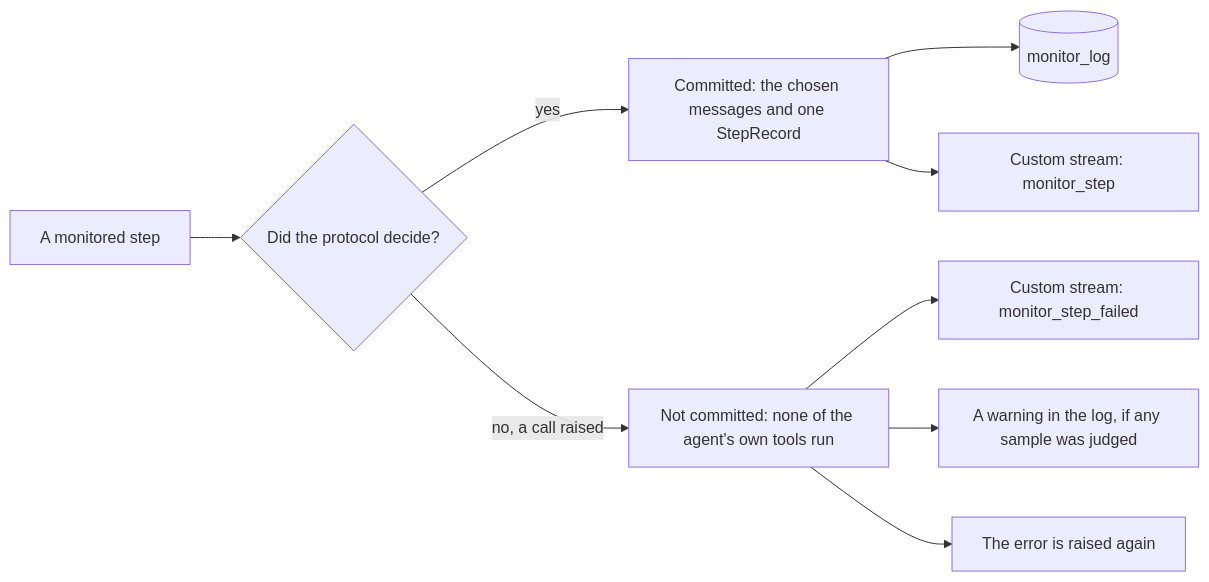
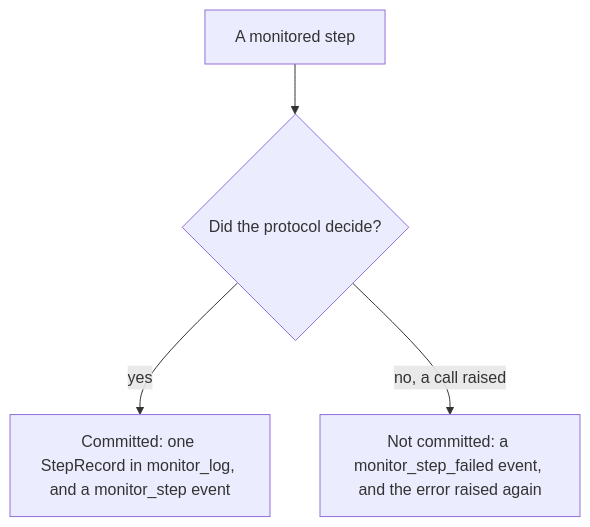
One commit to omamori-lab/langchain-sync-monitors changed the diagram in docs/how-to/read-the-monitor-log.md. Above: the diagram before and after it, drawn with Mermaid. The commit also changed other lines of this file, not shown here.

First line of the commit message:
Fix the review's findings on the monitor log guide

````diff
--- a/docs/how-to/read-the-monitor-log.md
+++ b/docs/how-to/read-the-monitor-log.md
@@ -229,11 +230,6 @@
 ```mermaid
-flowchart LR
+flowchart TD
     step["A monitored step"] --> decided{"Did the protocol decide?"}
-    decided -- "yes" --> commit["Committed: the chosen messages and one StepRecord"]
-    commit --> log[("monitor_log")]
-    commit --> stepEvent["Custom stream: monitor_step"]
-    decided -- "no, a call raised" --> failed["Not committed: none of the agent's own tools run"]
-    failed --> failedEvent["Custom stream: monitor_step_failed"]
-    failed --> warning["A warning in the log, if any sample was judged"]
-    failed --> raised["The error is raised again"]
+    decided -- "yes" --> commit["Committed: one StepRecord in monitor_log, and a monitor_step event"]
+    decided -- "no, a call raised" --> failed["Not committed: a monitor_step_failed event, and the error raised again"]
 ```
````
